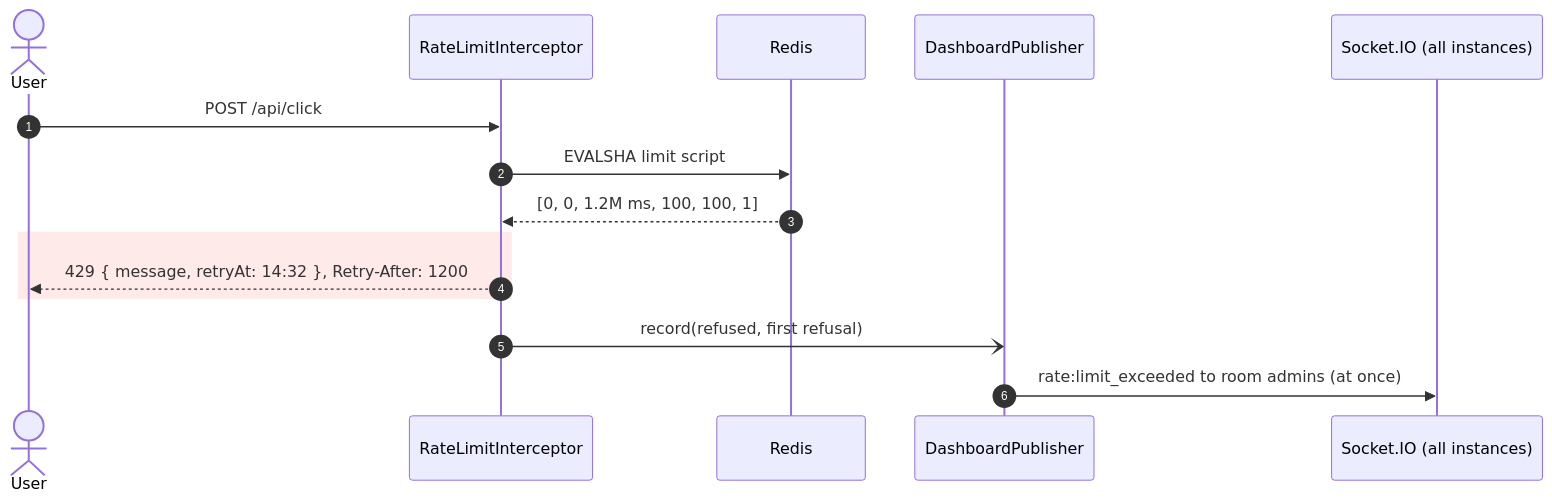
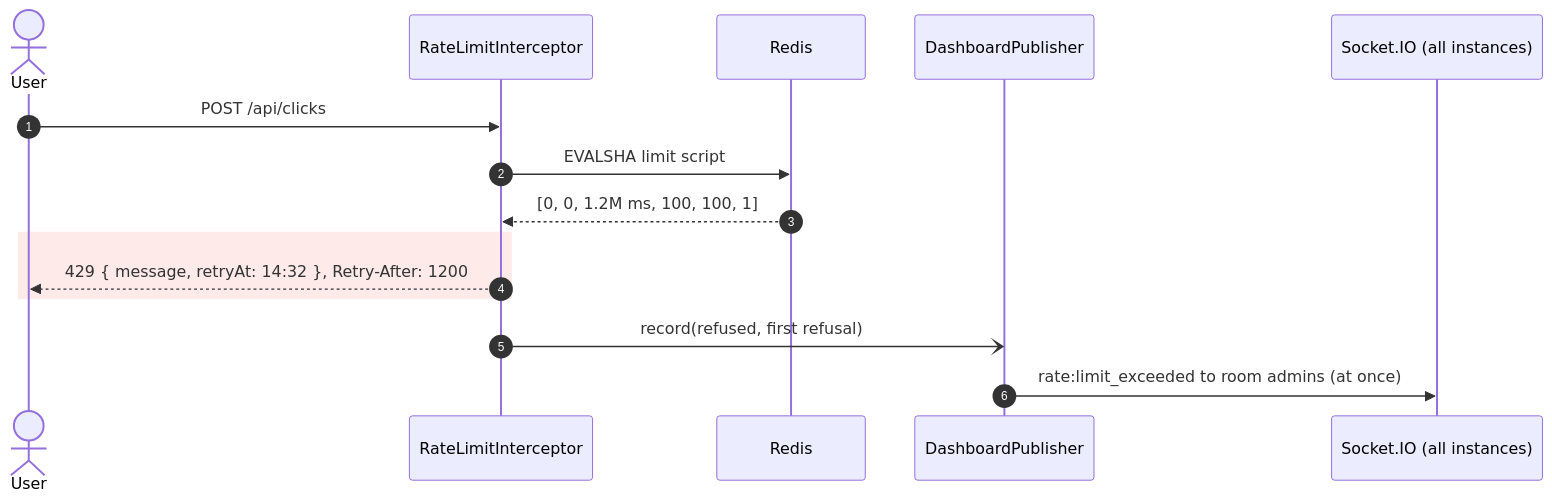
The second of 3 diagrams in apps/docs/src/content/docs/design-docs/rate-limiting-and-live-dashboard.md (nitzanto/ratewatch), drawn with Mermaid before and after one commit. The commit also changed other lines of this file and 26 other files, not shown here.

````diff
--- a/apps/docs/src/content/docs/design-docs/rate-limiting-and-live-dashboard.md
+++ b/apps/docs/src/content/docs/design-docs/rate-limiting-and-live-dashboard.md
@@ -149,17 +149,17 @@
 ```mermaid
 sequenceDiagram
   autonumber
   actor U as User
   participant L as RateLimitInterceptor
   participant R as Redis
   participant P as DashboardPublisher
   participant S as Socket.IO (all instances)
-  U->>L: POST /api/click
+  U->>L: POST /api/clicks
   L->>R: EVALSHA limit script
   R-->>L: [0, 0, 1.2M ms, 100, 100, 1]
   rect rgba(254,202,202,0.4)
     L-->>U: 429 { message, retryAt: 14:32 }, Retry-After: 1200
   end
   L-)P: record(refused, first refusal)
   P->>S: rate:limit_exceeded to room admins (at once)
 ```
````
